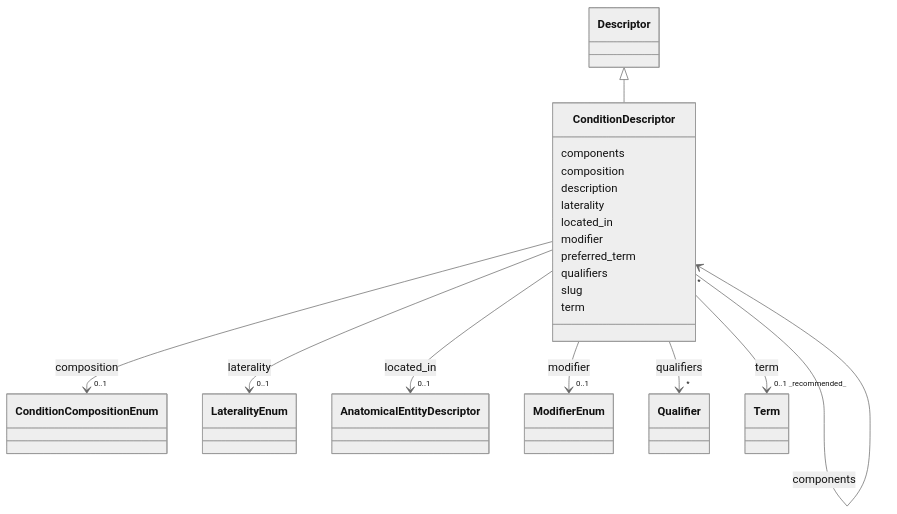
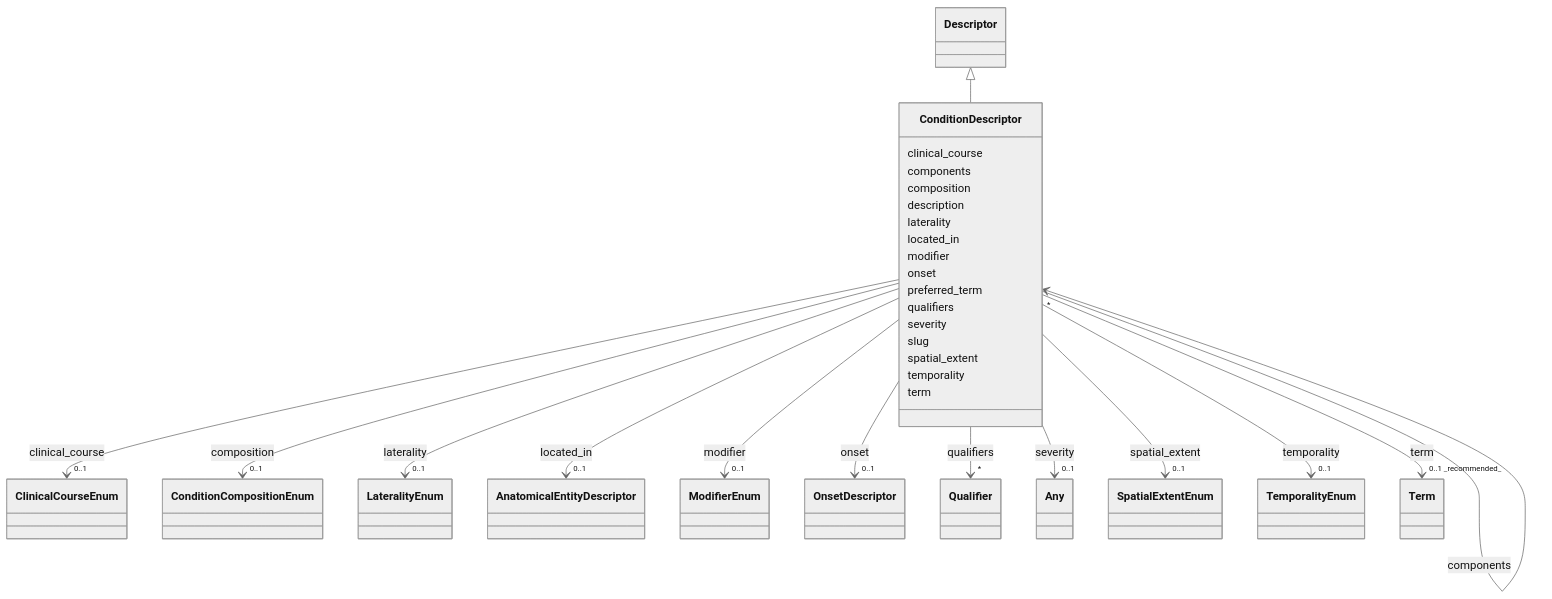
One commit to monarch-initiative/dismech changed the diagram in docs/schema/classes/ConditionDescriptor.md. Above: the diagram before and after it, drawn with Mermaid (neutral theme). The commit also changed other lines of this file and 1343 other files, not shown here.

First line of the commit message:
docs: regenerate schema docs and point design-decisions link at rendered page

```diff
--- a/docs/schema/classes/ConditionDescriptor.md
+++ b/docs/schema/classes/ConditionDescriptor.md
@@ -22,6 +22,17 @@
       Descriptor <|-- ConditionDescriptor
         click Descriptor href "../../classes/Descriptor/"
       
+      ConditionDescriptor : clinical_course
+        
+          
+    
+        
+        
+        ConditionDescriptor --> "0..1" ClinicalCourseEnum : clinical_course
+        click ClinicalCourseEnum href "../../enums/ClinicalCourseEnum/"
+    
+
+        
       ConditionDescriptor : components
         
           
@@ -79,6 +90,17 @@
     
 
         
+      ConditionDescriptor : onset
+        
+          
+    
+        
+        
+        ConditionDescriptor --> "0..1" OnsetDescriptor : onset
+        click OnsetDescriptor href "../../classes/OnsetDescriptor/"
+    
+
+        
       ConditionDescriptor : preferred_term
         
       ConditionDescriptor : qualifiers
@@ -92,7 +114,40 @@
     
 
         
+      ConditionDescriptor : severity
+        
+          
+    
+        
+        
+        ConditionDescriptor --> "0..1" Any : severity
+        click Any href "../../classes/Any/"
+    
+
+        
       ConditionDescriptor : slug
+        
+      ConditionDescriptor : spatial_extent
+        
+          
+    
+        
+        
+        ConditionDescriptor --> "0..1" SpatialExtentEnum : spatial_extent
+        click SpatialExtentEnum href "../../enums/SpatialExtentEnum/"
+    
+
+        
+      ConditionDescriptor : temporality
+        
+          
+    
+        
+        
+        ConditionDescriptor --> "0..1" TemporalityEnum : temporality
+        click TemporalityEnum href "../../enums/TemporalityEnum/"
+    
+
         
       ConditionDescriptor : term
         
```
